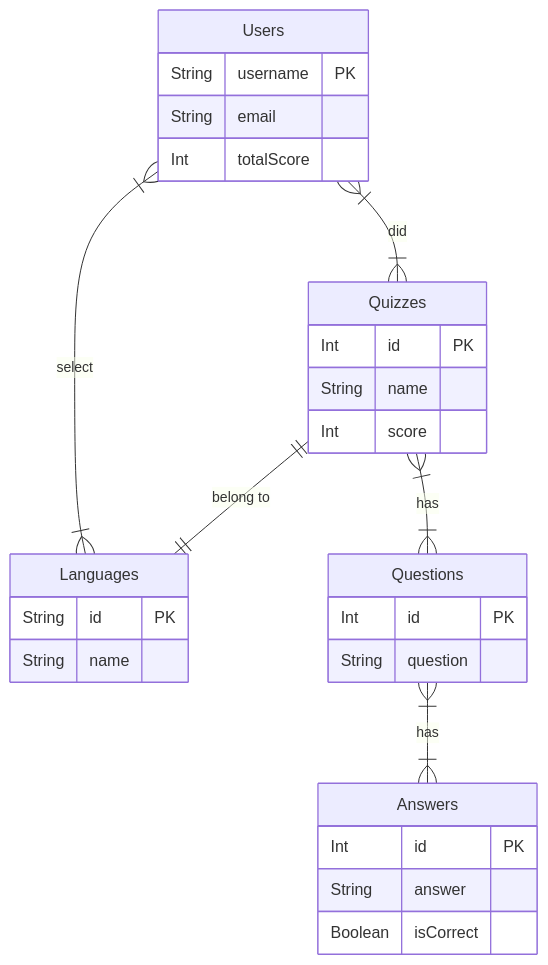
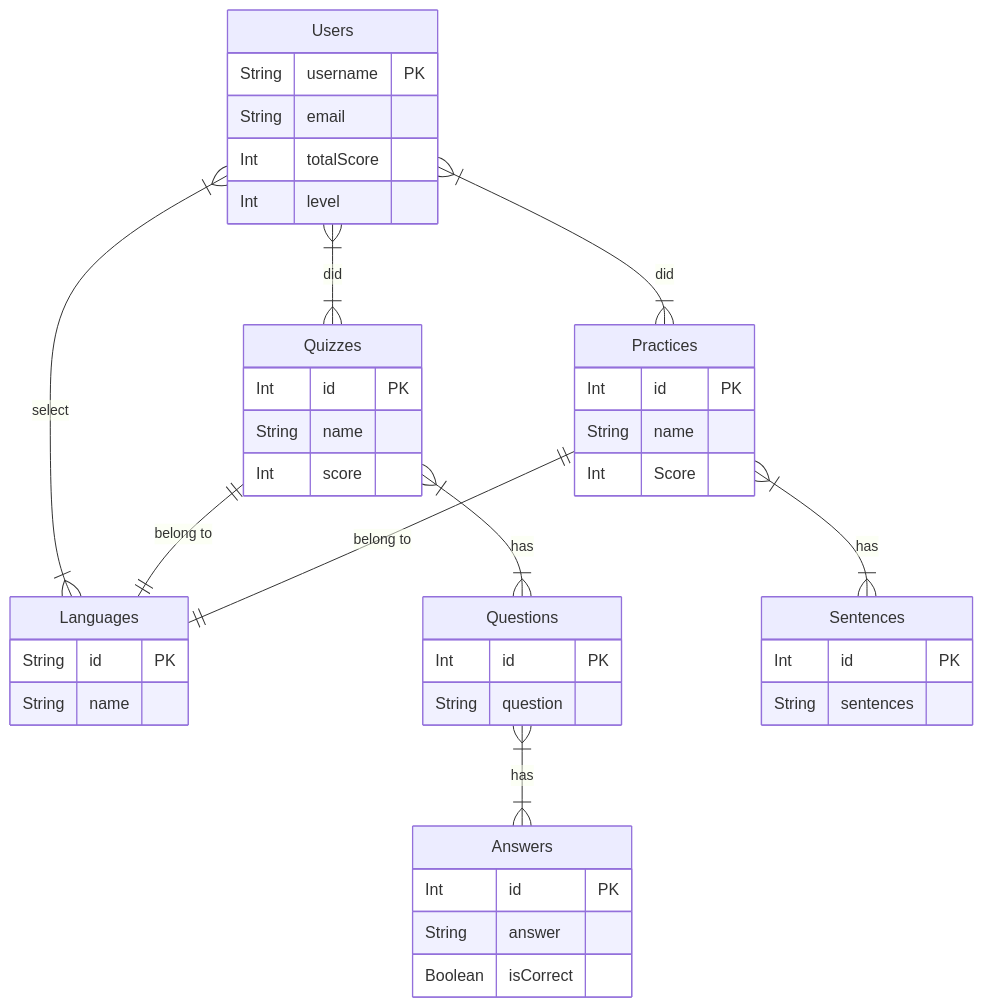
Before and after one commit to Capstone-Projects-2023-Fall/project-language-learning-discord-bot: the diagram in documentation/docs/system-architecture/database-diagrams.md, drawn with Mermaid.

````diff
--- a/documentation/docs/system-architecture/database-diagrams.md
+++ b/documentation/docs/system-architecture/database-diagrams.md
@@ -1,38 +1,55 @@
 ```mermaid
 erDiagram
 Users {
   String username PK
   String email
   Int totalScore
+  Int level
 }
 
 Languages {
   String id PK
   String name
 }
 
 Quizzes {
   Int id PK
   String name
   Int score
 }
 
 Questions {
   Int id PK
   String question
 }
 
 Answers {
   Int id PK
   String answer
   Boolean isCorrect
 }
 
+Practices {
+  Int id PK
+  String name
+  Int Score
+}
+
+Sentences {
+  Int id PK
+  String sentences
+}
+
 Questions }|--|{ Answers : "has"
 Quizzes }|--|{ Questions : "has"
 Users }|--|{ Quizzes : "did"
 Users }|--|{ Languages : "select"
 Quizzes ||--|| Languages : "belong to"
 
+Users }|--|{ Practices : "did"
+Practices }|--|{ Sentences : "has"
+Practices ||--|| Languages : "belong to"
+
+
 
 ```
````
